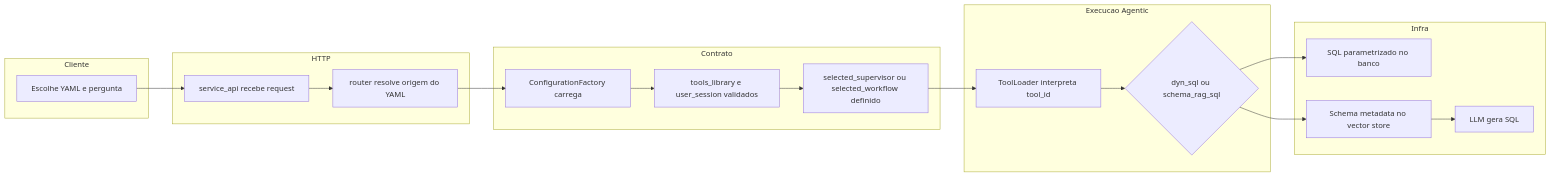
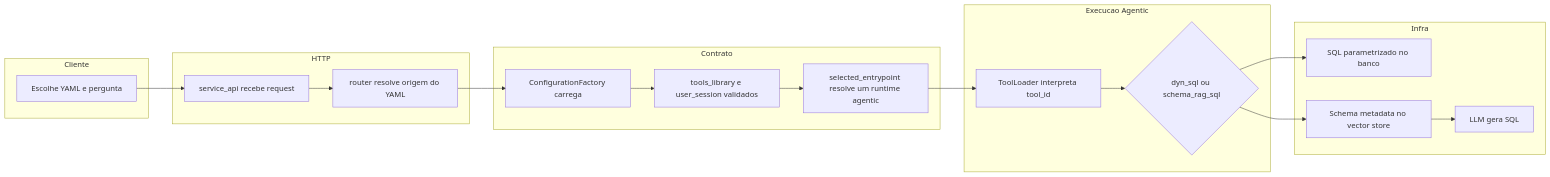
One commit to mrctito/plataforma_agentes_negocio_docs changed the diagram in assets/diagrams/docs-tutorial-101-configuracao-yaml-execucao-local-e-nl-para-sql-diagrama-05.mmd. Above: the diagram before and after it, drawn with Mermaid. The commit also changed 60 other files, not shown here.

```diff
--- a/assets/diagrams/docs-tutorial-101-configuracao-yaml-execucao-local-e-nl-para-sql-diagrama-05.mmd
+++ b/assets/diagrams/docs-tutorial-101-configuracao-yaml-execucao-local-e-nl-para-sql-diagrama-05.mmd
@@ -1,30 +1,30 @@
 flowchart LR
     subgraph L1["Cliente"]
         U1["Escolhe YAML e pergunta"]
     end
 
     subgraph L2["HTTP"]
         H1["service_api recebe request"]
         H2["router resolve origem do YAML"]
     end
 
     subgraph L3["Contrato"]
         C1["ConfigurationFactory carrega"]
         C2["tools_library e user_session validados"]
-        C3["selected_supervisor ou selected_workflow definido"]
+        C3["selected_entrypoint resolve um runtime agentic"]
     end
 
     subgraph L4["Execucao Agentic"]
         E1["ToolLoader interpreta tool_id"]
         E2{"dyn_sql ou schema_rag_sql"}
     end
 
     subgraph L5["Infra"]
         I1["SQL parametrizado no banco"]
         I2["Schema metadata no vector store"]
         I3["LLM gera SQL"]
     end
 
     U1 --> H1 --> H2 --> C1 --> C2 --> C3 --> E1 --> E2
     E2 --> I1
     E2 --> I2 --> I3
```
